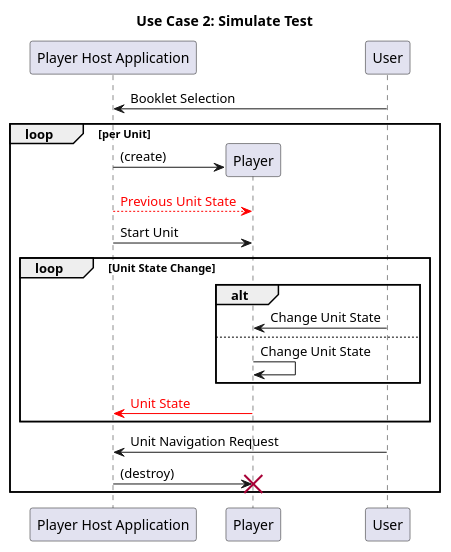
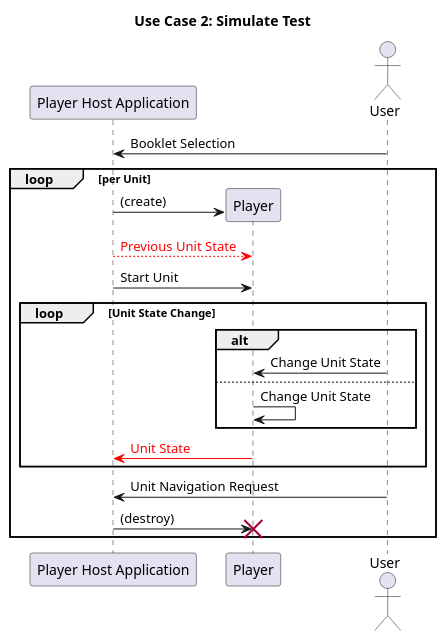
One commit to verona-interfaces/player changed the diagram in model/usecase2.puml. Above: the diagram before and after it, drawn with PlantUML. The commit also changed 10 other files, not shown here.

```diff
--- a/model/usecase2.puml
+++ b/model/usecase2.puml
@@ -1,27 +1,26 @@
 @startuml
 title Use Case 2: Simulate Test
 participant "Player Host Application" as app
+actor User order 4
 User -> app: Booklet Selection
 
 loop per Unit
     create Player
     app -> Player: (create)
     app --[#red]> Player: <font color=red>Previous Unit State</font>
-
-    actor User
 
     app -> Player: Start Unit
     loop Unit State Change
         alt
             User -> Player: Change Unit State
         else
             Player -> Player: Change Unit State
         end
         Player -[#red]> app: <font color=red>Unit State</font>
     end
     User -> app: Unit Navigation Request
     app -> Player: (destroy)
     destroy Player
 end
 
 @enduml
```
